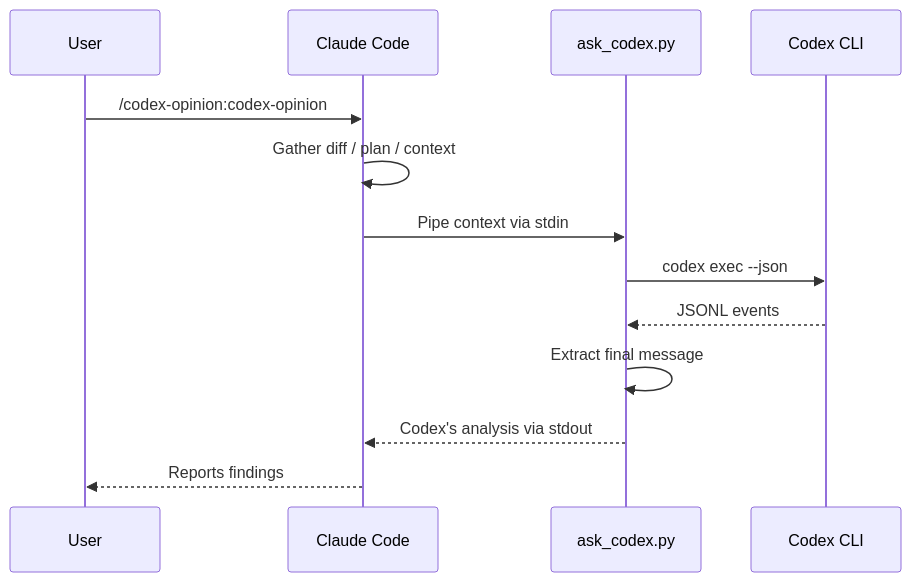
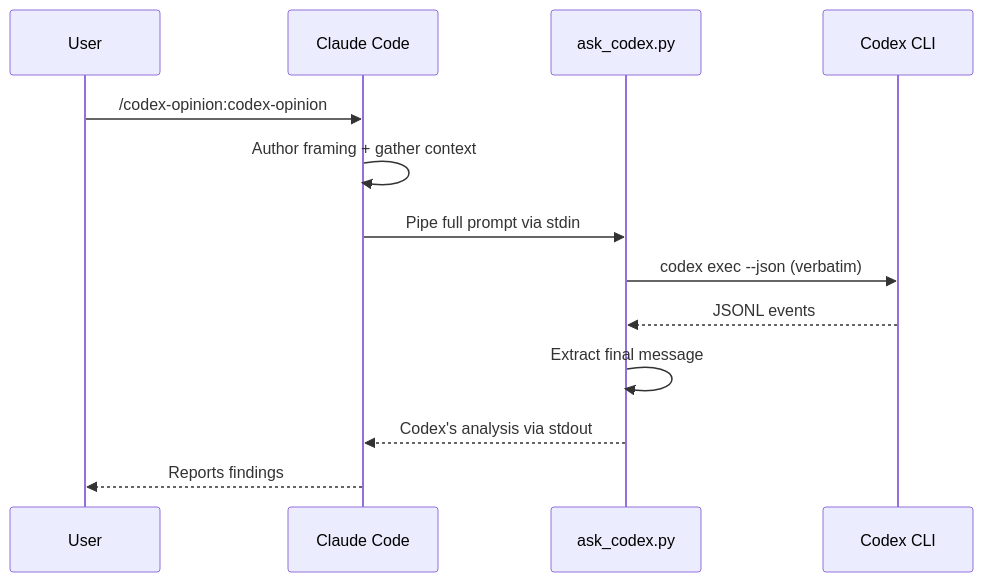
One commit to ehzawad/codex-opinion changed the first of 3 diagrams in README.md. Above: the diagram before and after it, drawn with Mermaid. The commit also changed other lines of this file and 3 other files, not shown here.

````diff
--- a/README.md
+++ b/README.md
@@ -51,16 +53,16 @@
 ```mermaid
 sequenceDiagram
     participant U as User
     participant C as Claude Code
     participant S as ask_codex.py
     participant X as Codex CLI
 
     U->>C: /codex-opinion:codex-opinion
-    C->>C: Gather diff / plan / context
-    C->>S: Pipe context via stdin
-    S->>X: codex exec --json
+    C->>C: Author framing + gather context
+    C->>S: Pipe full prompt via stdin
+    S->>X: codex exec --json (verbatim)
     X-->>S: JSONL events
     S->>S: Extract final message
     S-->>C: Codex's analysis via stdout
     C-->>U: Reports findings
 ```
````
